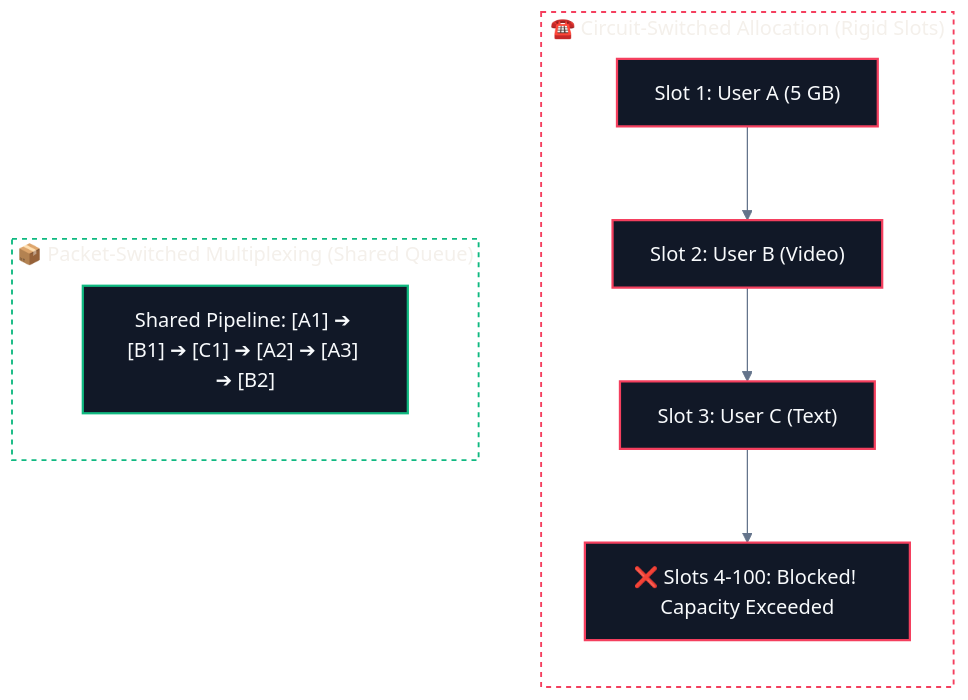
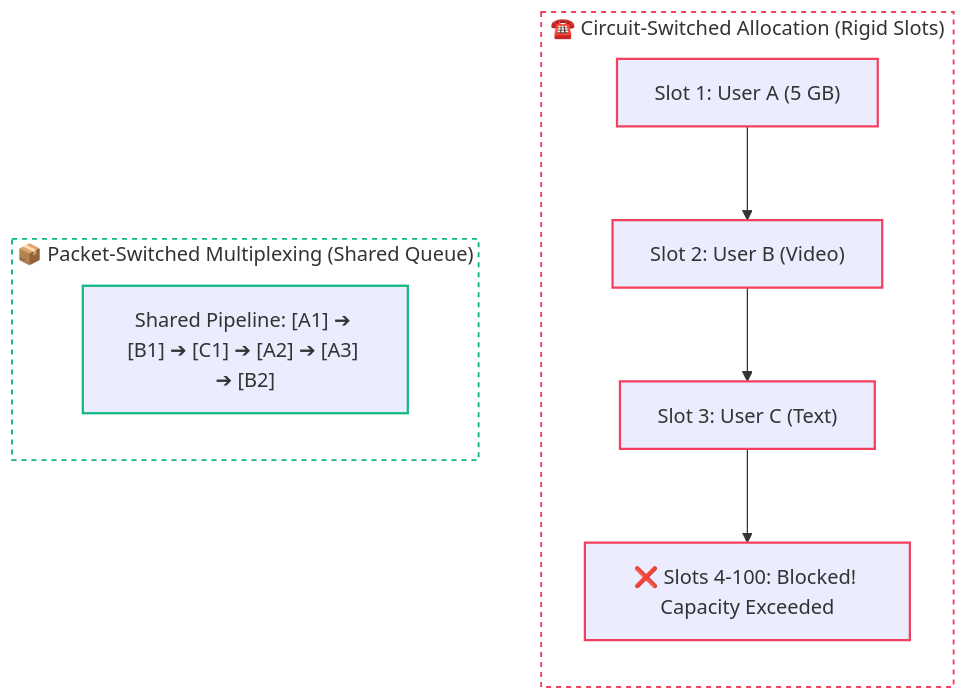
Before and after one commit to abhinavbharti2345/CS_Notes: the fourth of 4 diagrams in CS/Computer Networking/01. Architecture & Fundamentals/03. Switching Techniques - Packet vs Circuit.md, drawn with Mermaid. The commit also changed other lines of this file and 91 other files, not shown here.

````diff
--- a/CS/Computer Networking/01. Architecture & Fundamentals/03. Switching Techniques - Packet vs Circuit.md
+++ b/CS/Computer Networking/01. Architecture & Fundamentals/03. Switching Techniques - Packet vs Circuit.md
@@ -168,22 +165,21 @@
 ```mermaid
-%%{init: {'theme': 'base', 'themeVariables': { 'darkMode': true, 'background': '#0B0F14', 'mainBkg': '#111827', 'primaryColor': '#111827', 'primaryTextColor': '#F8FAFC', 'primaryBorderColor': '#38BDF8', 'lineColor': '#64748B', 'secondaryColor': '#0B0F14', 'tertiaryColor': '#0B0F14', 'clusterBkg': '#0B0F14', 'clusterBorder': '#38BDF8' }}}%%
 flowchart TD
     subgraph Circuit ["☎️ Circuit-Switched Allocation (Rigid Slots)"]
         direction TD
         C1["Slot 1: User A (5 GB)"] --> C2["Slot 2: User B (Video)"] --> C3["Slot 3: User C (Text)"] --> C4["❌ Slots 4-100: Blocked! Capacity Exceeded"]
     end
 
     subgraph Packet ["📦 Packet-Switched Multiplexing (Shared Queue)"]
         direction TD
         P1["Shared Pipeline: [A1] ➔ [B1] ➔ [C1] ➔ [A2] ➔ [A3] ➔ [B2]"]
     end
 
     style Circuit fill:none,stroke:#f43f5e,stroke-width:1.5px,stroke-dasharray:4 4
     style Packet fill:none,stroke:#10b981,stroke-width:1.5px,stroke-dasharray:4 4
 
-    classDef dangerNode fill:#111827,stroke:#f43f5e,stroke-width:1.8px,color:#F8FAFC;
-    classDef goodNode fill:#111827,stroke:#10b981,stroke-width:1.8px,color:#F8FAFC;
+    classDef dangerNode stroke:#f43f5e,stroke-width:1.8px;
+    classDef goodNode stroke:#10b981,stroke-width:1.8px;
 
     class C1,C2,C3,C4 dangerNode;
     class P1 goodNode;
 ```
````
